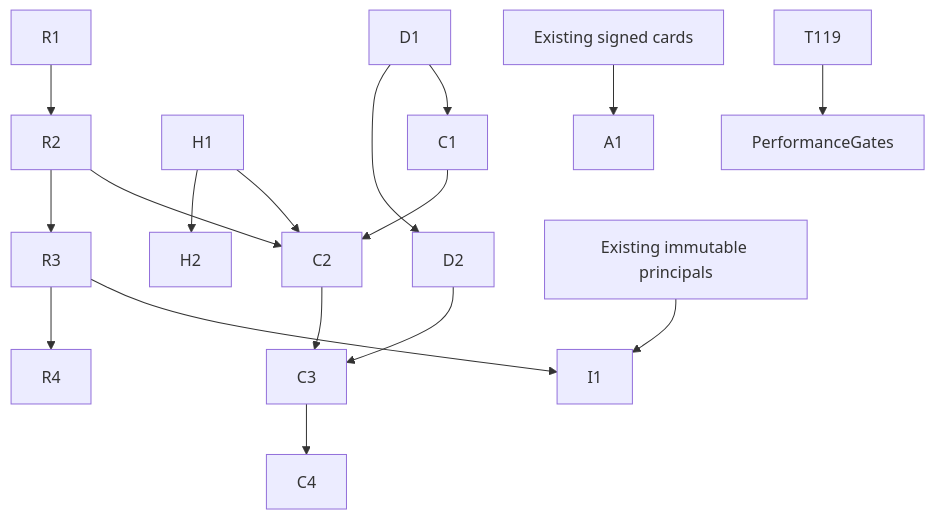
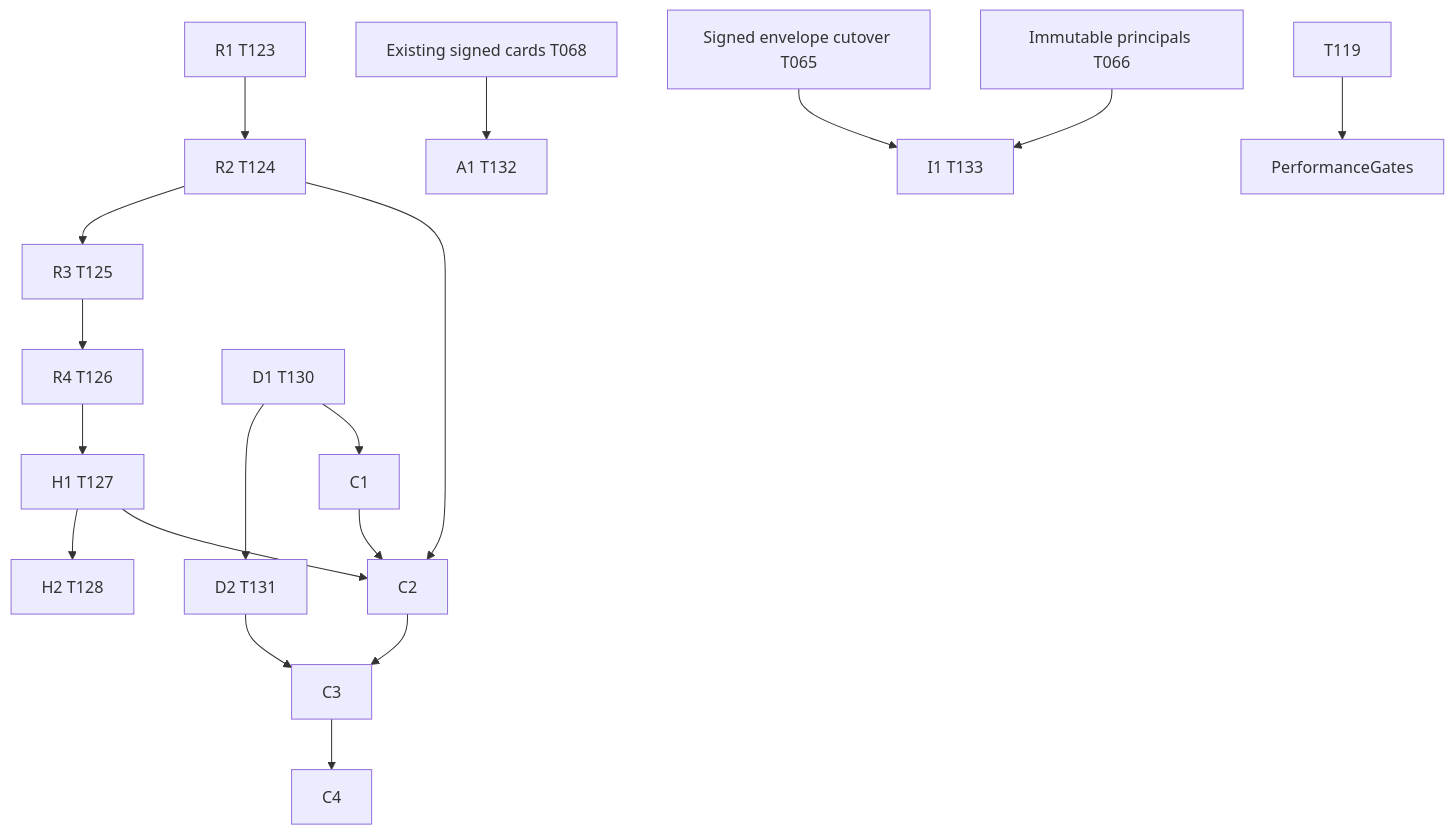
Before and after one commit to kryptobaseddev/agentmbx: the diagram in docs/plan/mailbox-foundation-delivery.md, drawn with Mermaid. The commit also changed other lines of this file, not shown here.

````diff
--- a/docs/plan/mailbox-foundation-delivery.md
+++ b/docs/plan/mailbox-foundation-delivery.md
@@ -9,17 +11,17 @@
 ```mermaid
 graph TD
- R1-->R2-->R3-->R4
- H1-->H2
- D1-->D2
- D1-->C1
+ T123[R1 T123]-->T124[R2 T124]-->T125[R3 T125]-->T126[R4 T126]
+ T126-->T127[H1 T127]-->T128[H2 T128]
+ T130[D1 T130]-->T131[D2 T131]
+ T130-->C1
  C1-->C2
- R2-->C2
- H1-->C2
+ T124-->C2
+ T127-->C2
  C2-->C3
- D2-->C3
+ T131-->C3
  C3-->C4
- Cards[Existing signed cards]-->A1
- Principals[Existing immutable principals]-->I1
- R3-->I1
+ T068[Existing signed cards T068]-->T132[A1 T132]
+ T065[Signed envelope cutover T065]-->T133[I1 T133]
+ T066[Immutable principals T066]-->T133
  T119-->PerformanceGates
 ```
````
